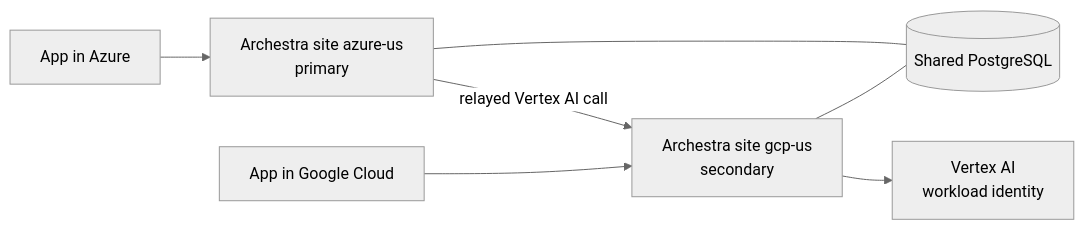
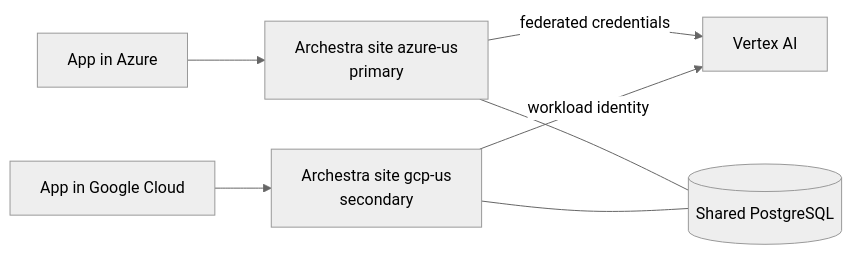
One commit to archestra-ai/archestra changed the diagram in docs/pages/admin/deployment/multi-site.md. Above: the diagram before and after it, drawn with Mermaid (neutral theme). The commit also changed other lines of this file and 30 other files, not shown here.

````diff
--- a/docs/pages/admin/deployment/multi-site.md
+++ b/docs/pages/admin/deployment/multi-site.md
@@ -12,9 +12,9 @@
 ```mermaid
 flowchart LR
   A[App in Azure] --> AZ[Archestra site azure-us<br/>primary]
   G[App in Google Cloud] --> GC[Archestra site gcp-us<br/>secondary]
-  AZ -- relayed Vertex AI call --> GC
-  GC --> V[Vertex AI<br/>workload identity]
+  AZ -- federated credentials --> V[Vertex AI]
+  GC -- workload identity --> V
   AZ --- DB[(Shared PostgreSQL)]
   GC --- DB
 ```
````
